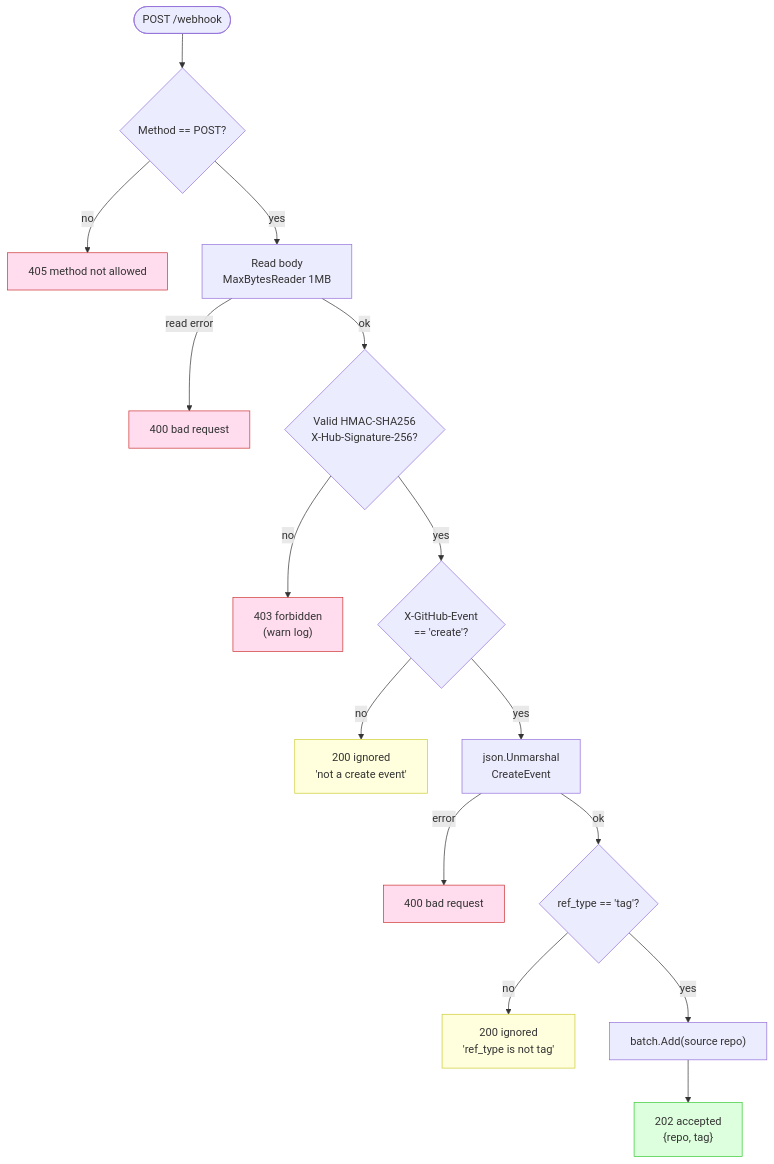
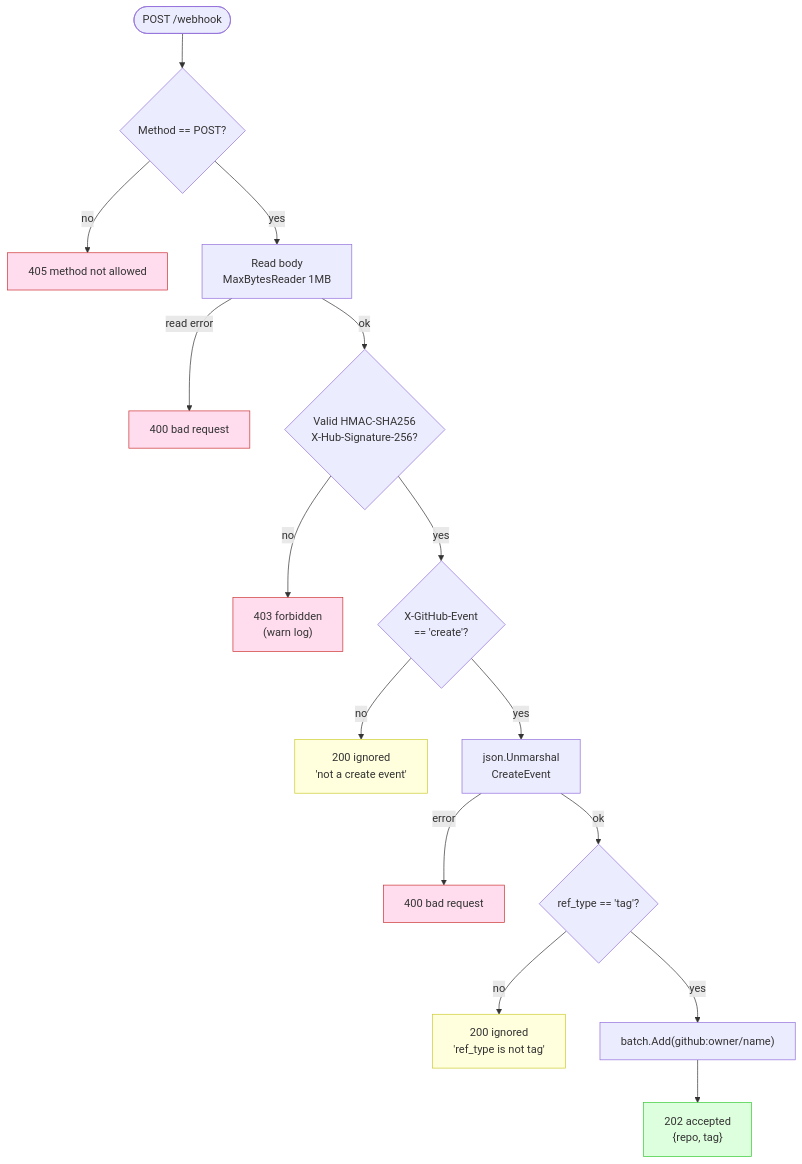
Before and after one commit to caseycs/renovate-trigger: the third of 10 diagrams in WORKFLOWS.md, drawn with Mermaid. The commit also changed other lines of this file and 46 other files, not shown here.

````diff
--- a/WORKFLOWS.md
+++ b/WORKFLOWS.md
@@ -104,24 +130,24 @@
 ```mermaid
 flowchart TD
     REQ([POST /webhook]) --> M{Method == POST?}
     M -->|no| E405[405 method not allowed]
     M -->|yes| READ[Read body<br/>MaxBytesReader 1MB]
     READ -->|read error| E400a[400 bad request]
     READ -->|ok| SIG{Valid HMAC-SHA256<br/>X-Hub-Signature-256?}
     SIG -->|no| E403["403 forbidden<br/>(warn log)"]
     SIG -->|yes| EVT{X-GitHub-Event<br/>== 'create'?}
     EVT -->|no| I1["200 ignored<br/>'not a create event'"]
     EVT -->|yes| PARSE[json.Unmarshal<br/>CreateEvent]
     PARSE -->|error| E400b[400 bad request]
     PARSE -->|ok| RT{ref_type == 'tag'?}
     RT -->|no| I2["200 ignored<br/>'ref_type is not tag'"]
-    RT -->|yes| ADD["batch.Add(source repo)"]
+    RT -->|yes| ADD["batch.Add(github:owner/name)"]
     ADD --> ACC["202 accepted<br/>{repo, tag}"]
 
     classDef reject fill:#fde,stroke:#c33;
     classDef ignore fill:#ffd,stroke:#cc3;
     classDef ok fill:#dfd,stroke:#3c3;
     class E405,E400a,E403,E400b reject;
     class I1,I2 ignore;
     class ACC ok;
 ```
````
